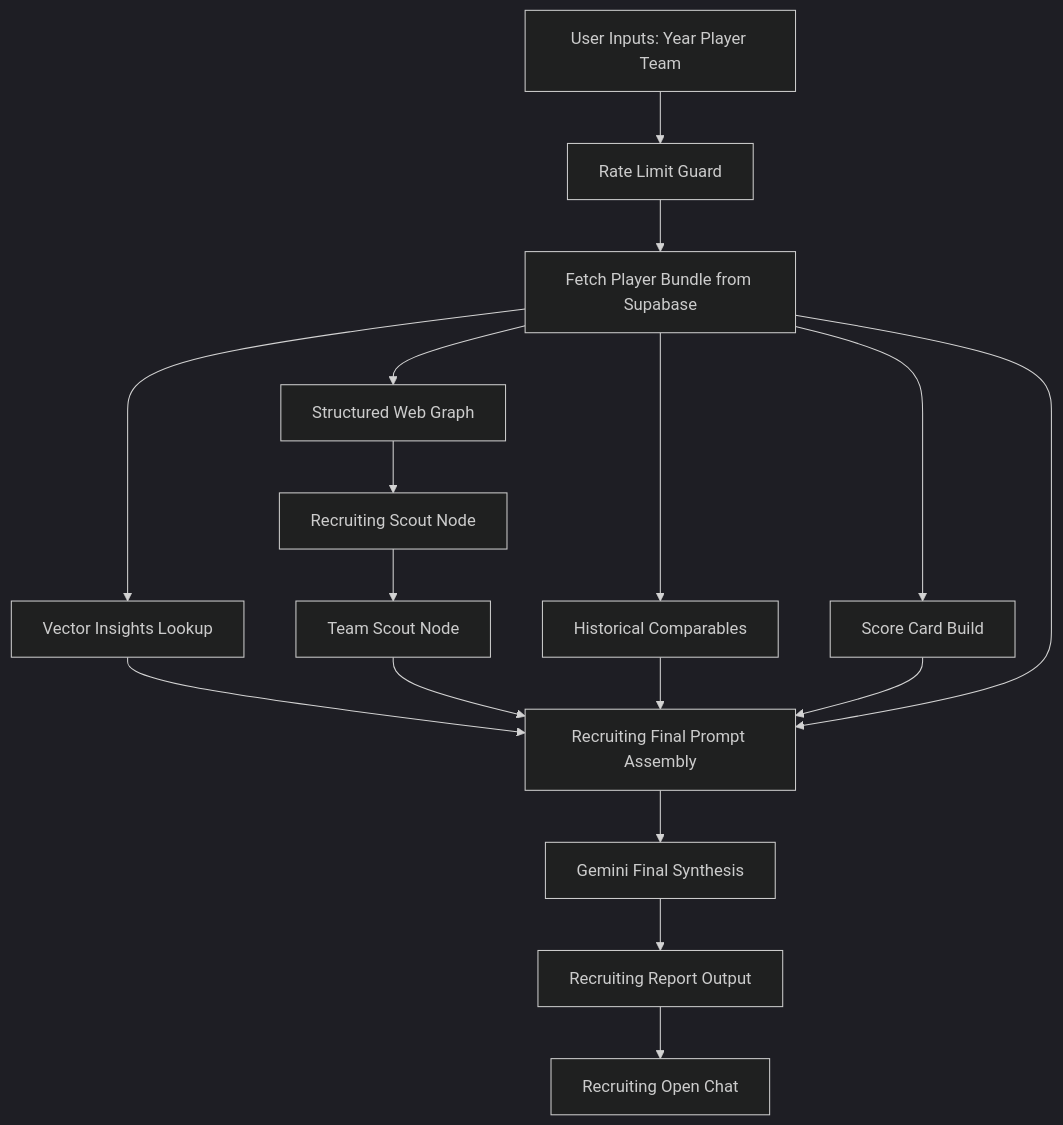
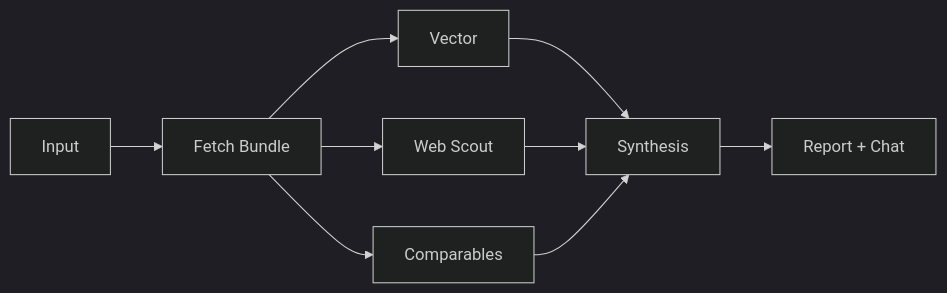
One commit to shaverm96/Gridiron-Intelligence changed the first of 3 diagrams in report/report.qmd. Above: the diagram before and after it, drawn with Mermaid (dark theme). The commit also changed other lines of this file and 16 other files, not shown here.

Commit message:
app improvements: cleaner markdown formatting, expanded summarization context, improved and centralized web queries. Report finalization and enhancement.

````diff
--- a/report/report.qmd
+++ b/report/report.qmd
@@ -47,22 +80,9 @@
 ```{mermaid}
-flowchart TD
-    A[User Inputs: Year Player Team] --> B[Rate Limit Guard]
-    B --> C[Fetch Player Bundle from Supabase]
-    C --> D[Vector Insights Lookup]
-    C --> E[Structured Web Graph]
-    C --> F[Historical Comparables]
-    C --> G[Score Card Build]
-
-    E --> E1[Recruiting Scout Node]
-    E1 --> E2[Team Scout Node]
-
-    D --> H[Recruiting Final Prompt Assembly]
-    E2 --> H
-    F --> H
-    G --> H
-    C --> H
-
-    H --> I[Gemini Final Synthesis]
-    I --> J[Recruiting Report Output]
-    J --> K[Recruiting Open Chat]
+flowchart LR
+  A[Input] --> B[Fetch Bundle]
+  B --> D[Vector]
+  B --> E[Web Scout]
+  B --> F[Comparables]
+  D & E & F --> G[Synthesis]
+  G --> H[Report + Chat]
 ```
````
